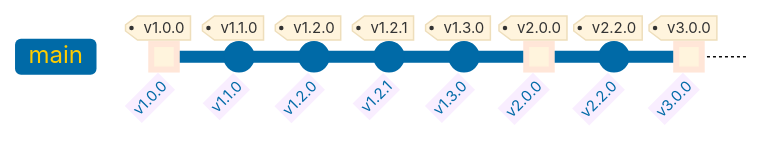
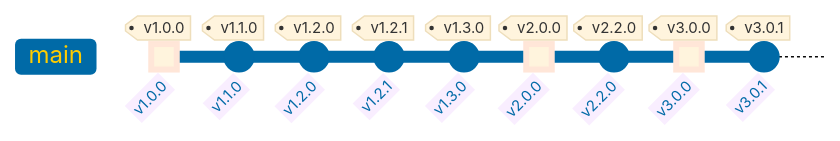
One commit to TomsTech/spotify-genre-sorter changed the fifth of 5 diagrams in README.md. Above: the diagram before and after it, drawn with Mermaid. The commit also changed other lines of this file and 3 other files, not shown here.

````diff
--- a/README.md
+++ b/README.md
@@ -415,12 +484,13 @@
 ```mermaid
 %%{init: {'theme': 'base', 'themeVariables': { 'git0': '#006AA7', 'git1': '#FECC00', 'gitBranchLabel0': '#FECC00', 'commitLabelColor': '#006AA7'}}}%%
 gitGraph
    commit id: "v1.0.0" tag: "v1.0.0" type: HIGHLIGHT
    commit id: "v1.1.0" tag: "v1.1.0"
    commit id: "v1.2.0" tag: "v1.2.0"
    commit id: "v1.2.1" tag: "v1.2.1"
    commit id: "v1.3.0" tag: "v1.3.0"
    commit id: "v2.0.0" tag: "v2.0.0" type: HIGHLIGHT
    commit id: "v2.2.0" tag: "v2.2.0"
    commit id: "v3.0.0" tag: "v3.0.0" type: HIGHLIGHT
+   commit id: "v3.0.1" tag: "v3.0.1"
 ```
````
